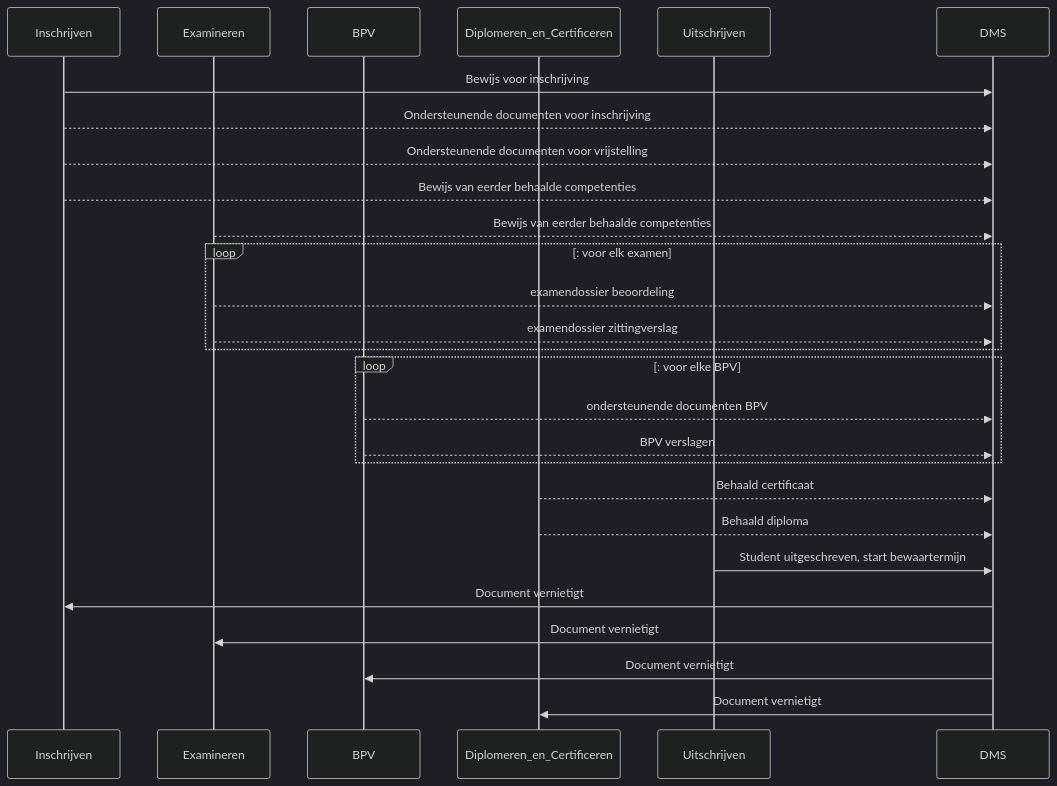
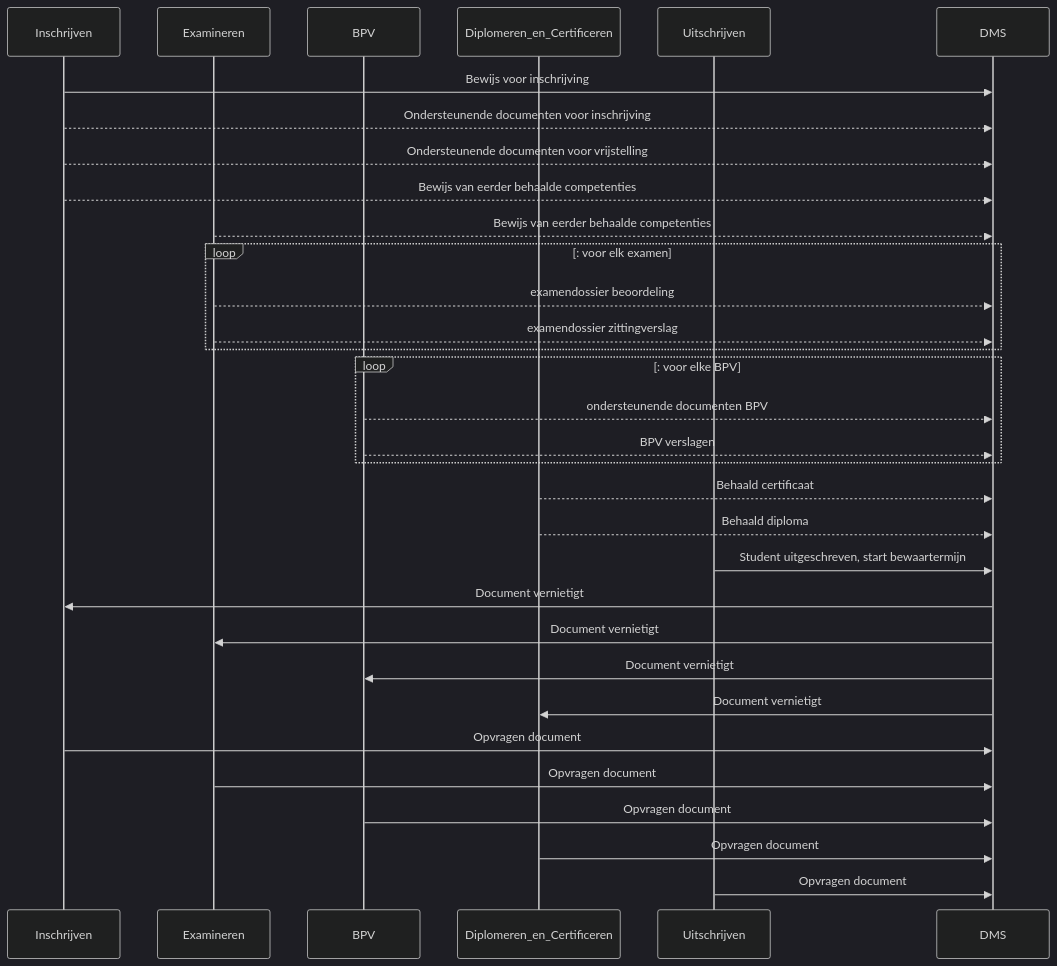
One commit to Onderwijs-Koppelingen-OKx/OKD-Document-Management changed the second of 2 diagrams in README.md. Above: the diagram before and after it, drawn with Mermaid (dark theme).

````diff
--- a/README.md
+++ b/README.md
@@ -65,32 +65,38 @@
 ```mermaid
 sequenceDiagram
     Participant Inschrijven
     Participant Examineren
     Participant BPV
     Participant Diplomeren_en_Certificeren
     Participant Uitschrijven
     Participant DMS
 
     Inschrijven->>DMS: Bewijs voor inschrijving
     Inschrijven-->>DMS: Ondersteunende documenten voor inschrijving
     Inschrijven-->>DMS: Ondersteunende documenten voor vrijstelling
     Inschrijven -->> DMS: Bewijs van eerder behaalde competenties
     Examineren -->> DMS: Bewijs van eerder behaalde competenties
     loop: voor elk examen
     Examineren -->> DMS: examendossier beoordeling
     Examineren -->> DMS: examendossier zittingverslag
     end
     loop: voor elke BPV
     BPV -->> DMS: ondersteunende documenten BPV
     BPV -->> DMS: BPV verslagen
     end
     Diplomeren_en_Certificeren -->> DMS: Behaald certificaat
     Diplomeren_en_Certificeren -->> DMS: Behaald diploma
     Uitschrijven ->> DMS: Student uitgeschreven, start bewaartermijn
     DMS ->> Inschrijven: Document vernietigt
     DMS ->> Examineren: Document vernietigt
     DMS ->> BPV: Document vernietigt
     DMS ->> Diplomeren_en_Certificeren: Document vernietigt
+    Inschrijven->>DMS: Opvragen document
+    Examineren->>DMS: Opvragen document
+    BPV->>DMS: Opvragen document
+    Diplomeren_en_Certificeren->>DMS: Opvragen document
+    Uitschrijven->>DMS: Opvragen document
+    
 
 
 ```
````
